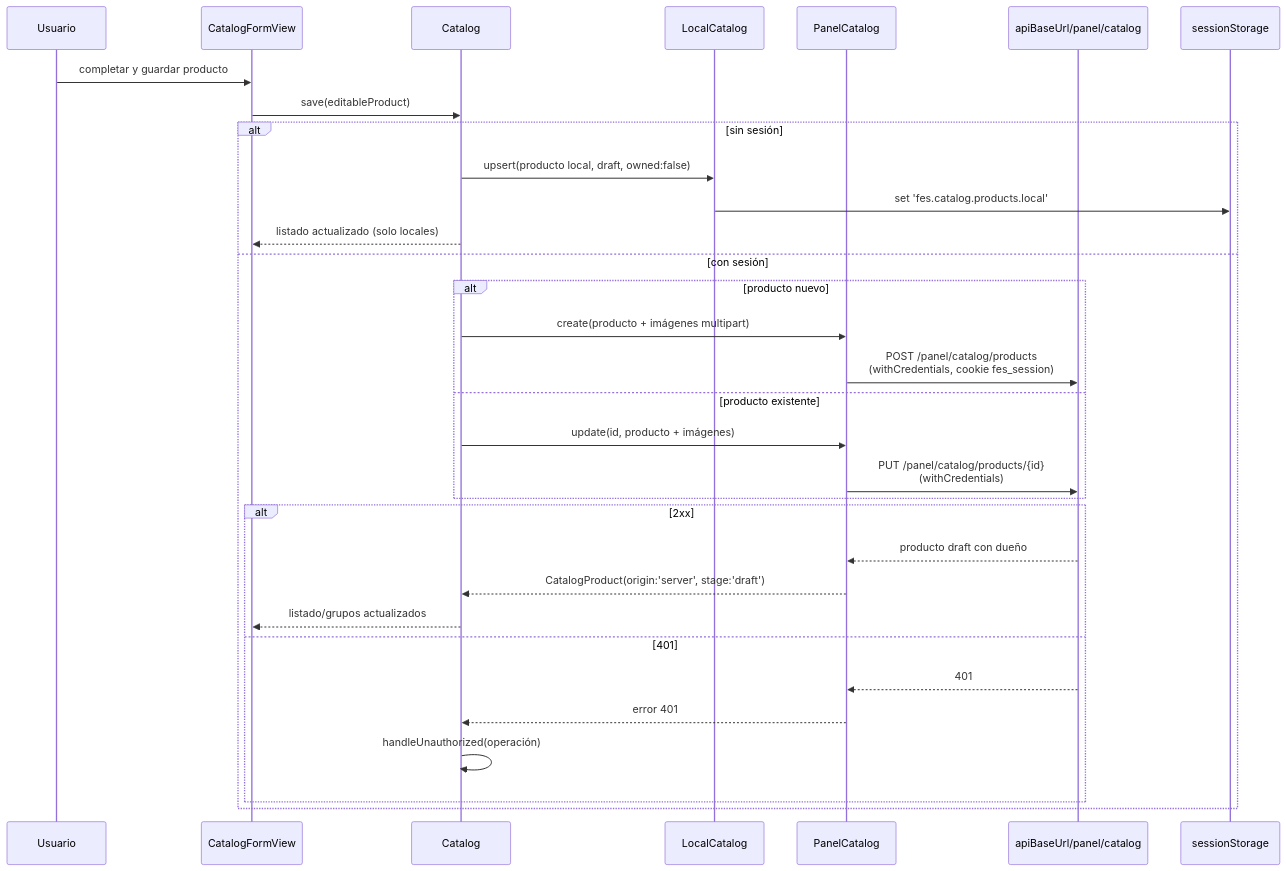
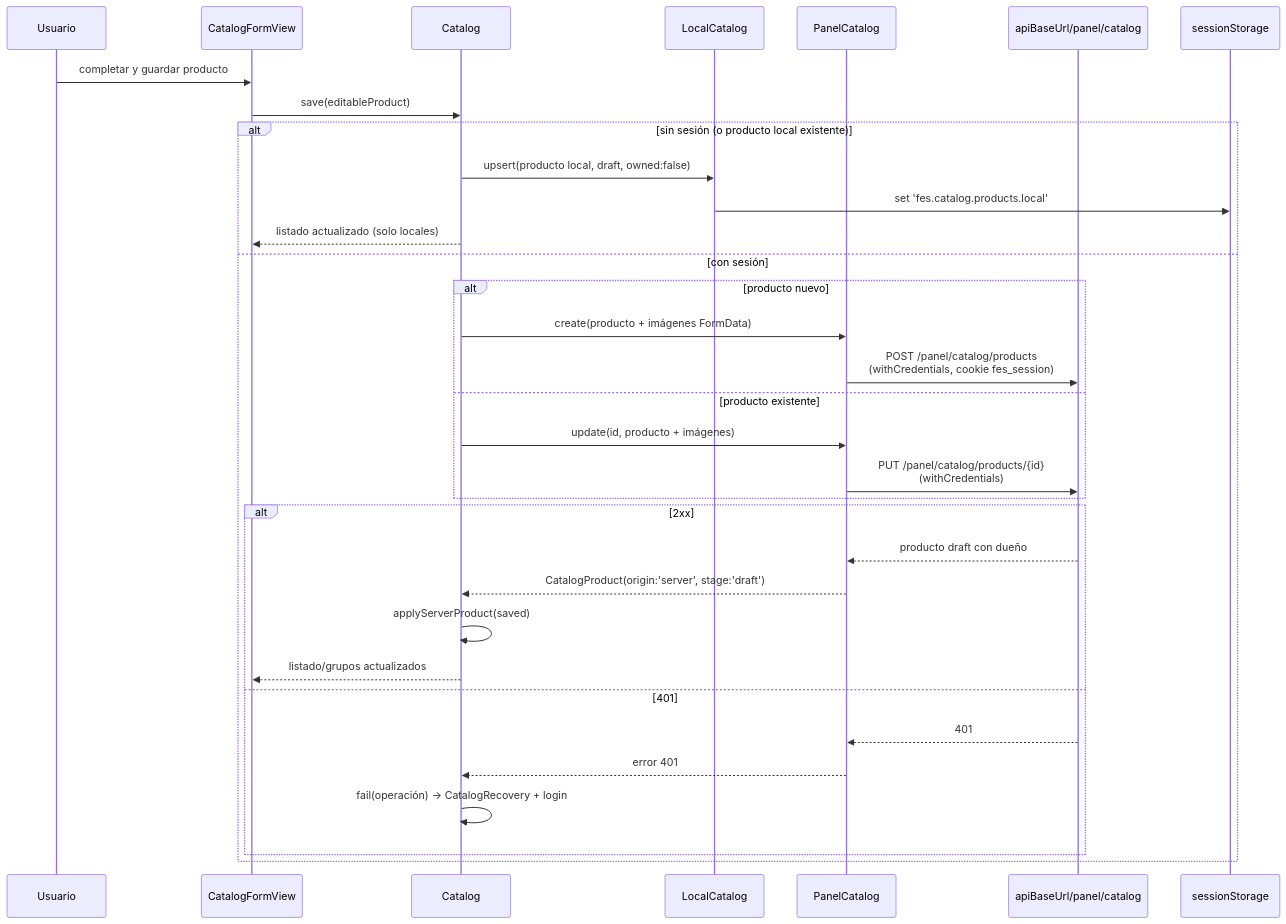
Before and after one commit to Dariosoft/fes-panel-web: the second of 10 diagrams in specs/002-panel-catalog-management/uml.md, drawn with Mermaid. The commit also changed other lines of this file and 3 other files, not shown here.

Commit message:
Update panel catalog spec to as-built

````diff
--- a/specs/002-panel-catalog-management/uml.md
+++ b/specs/002-panel-catalog-management/uml.md
@@ -117,35 +134,36 @@
 ```mermaid
 sequenceDiagram
   participant User as Usuario
   participant Form as CatalogFormView
   participant Cat as Catalog
   participant Local as LocalCatalog
   participant Panel as PanelCatalog
   participant API as apiBaseUrl/panel/catalog
   participant SS as sessionStorage
 
   User->>Form: completar y guardar producto
   Form->>Cat: save(editableProduct)
-  alt sin sesión
+  alt sin sesión (o producto local existente)
     Cat->>Local: upsert(producto local, draft, owned:false)
     Local->>SS: set 'fes.catalog.products.local'
     Cat-->>Form: listado actualizado (solo locales)
   else con sesión
     alt producto nuevo
-      Cat->>Panel: create(producto + imágenes multipart)
+      Cat->>Panel: create(producto + imágenes FormData)
       Panel->>API: POST /panel/catalog/products<br/>(withCredentials, cookie fes_session)
     else producto existente
       Cat->>Panel: update(id, producto + imágenes)
       Panel->>API: PUT /panel/catalog/products/{id}<br/>(withCredentials)
     end
     alt 2xx
       API-->>Panel: producto draft con dueño
       Panel-->>Cat: CatalogProduct(origin:'server', stage:'draft')
+      Cat->>Cat: applyServerProduct(saved)
       Cat-->>Form: listado/grupos actualizados
     else 401
       API-->>Panel: 401
       Panel-->>Cat: error 401
-      Cat->>Cat: handleUnauthorized(operación)
+      Cat->>Cat: fail(operación) → CatalogRecovery + login
     end
   end
 ```
````
